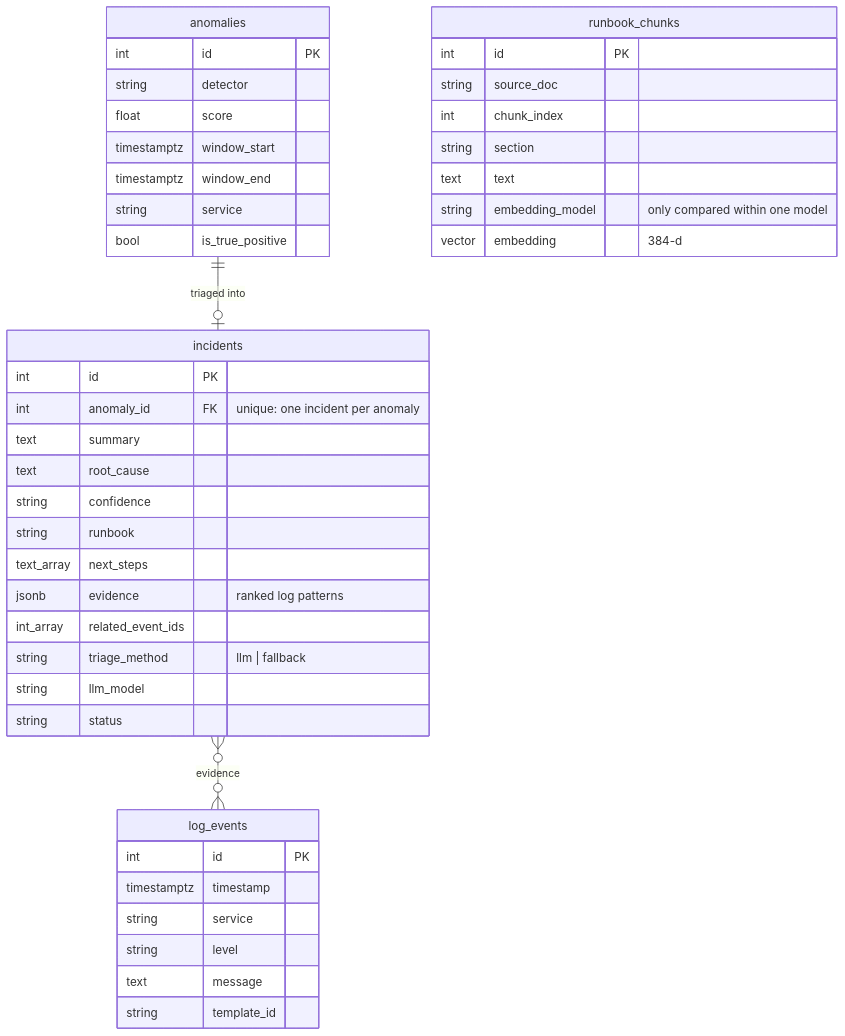
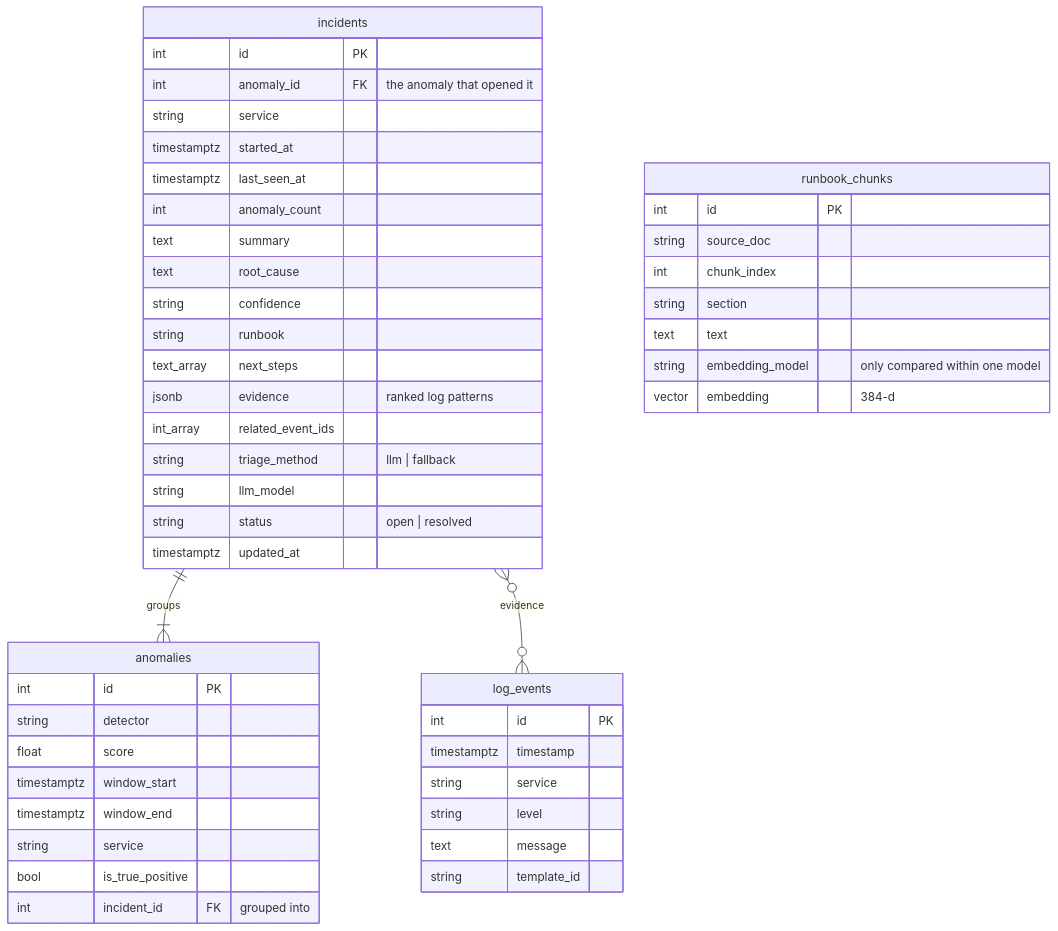
The second of 2 diagrams in docs/DESIGN.md (Abhishek2114/sentinel-triage), drawn with Mermaid before and after one commit. The commit also changed other lines of this file and 47 other files, not shown here.

````diff
--- a/docs/DESIGN.md
+++ b/docs/DESIGN.md
@@ -302,45 +339,51 @@
 ```mermaid
 erDiagram
     log_events {
         int id PK
         timestamptz timestamp
         string service
         string level
         text message
         string template_id
     }
     anomalies {
         int id PK
         string detector
         float score
         timestamptz window_start
         timestamptz window_end
         string service
         bool is_true_positive
+        int incident_id FK "grouped into"
     }
     incidents {
         int id PK
-        int anomaly_id FK "unique: one incident per anomaly"
+        int anomaly_id FK "the anomaly that opened it"
+        string service
+        timestamptz started_at
+        timestamptz last_seen_at
+        int anomaly_count
         text summary
         text root_cause
         string confidence
         string runbook
         text_array next_steps
         jsonb evidence "ranked log patterns"
         int_array related_event_ids
         string triage_method "llm | fallback"
         string llm_model
-        string status
+        string status "open | resolved"
+        timestamptz updated_at
     }
     runbook_chunks {
         int id PK
         string source_doc
         int chunk_index
         string section
         text text
         string embedding_model "only compared within one model"
         vector embedding "384-d"
     }
-    anomalies ||--o| incidents : "triaged into"
+    incidents ||--|{ anomalies : "groups"
     incidents }o--o{ log_events : "evidence"
 ```
````
